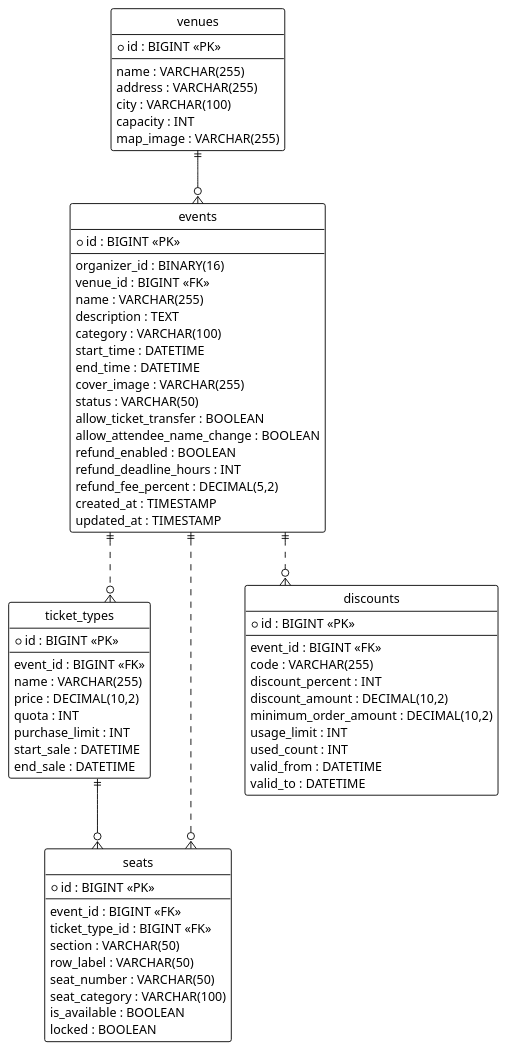
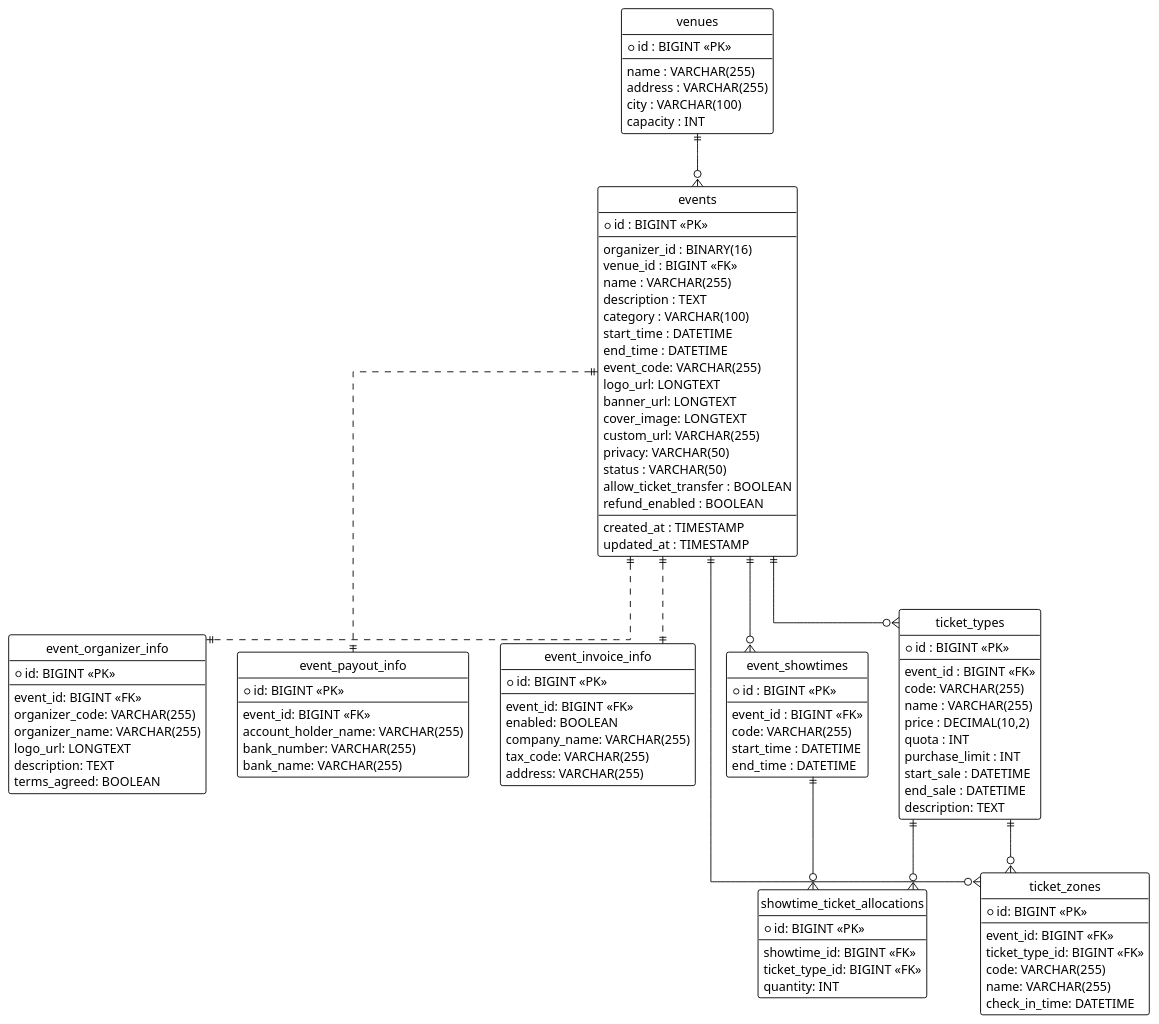
One commit to siro332/ticket-store-backend changed the diagram in diagrams/erd_event.puml. Above: the diagram before and after it, drawn with PlantUML. The commit also changed 3 other files, not shown here.

```diff
--- a/diagrams/erd_event.puml
+++ b/diagrams/erd_event.puml
@@ -1,81 +1,120 @@
 @startuml
 !theme plain
 hide circle
 skinparam linetype ortho
 
 entity "events" {
     *id : BIGINT <<PK>>
     --
     organizer_id : BINARY(16)
     venue_id : BIGINT <<FK>>
     name : VARCHAR(255)
     description : TEXT
     category : VARCHAR(100)
     start_time : DATETIME
     end_time : DATETIME
-    cover_image : VARCHAR(255)
+    event_code: VARCHAR(255)
+    logo_url: LONGTEXT
+    banner_url: LONGTEXT
+    cover_image: LONGTEXT
+    custom_url: VARCHAR(255)
+    privacy: VARCHAR(50)
     status : VARCHAR(50)
     allow_ticket_transfer : BOOLEAN
-    allow_attendee_name_change : BOOLEAN
     refund_enabled : BOOLEAN
-    refund_deadline_hours : INT
-    refund_fee_percent : DECIMAL(5,2)
+    --
     created_at : TIMESTAMP
     updated_at : TIMESTAMP
+}
+
+entity "event_organizer_info" {
+    *id: BIGINT <<PK>>
+    --
+    event_id: BIGINT <<FK>>
+    organizer_code: VARCHAR(255)
+    organizer_name: VARCHAR(255)
+    logo_url: LONGTEXT
+    description: TEXT
+    terms_agreed: BOOLEAN
+}
+
+entity "event_payout_info" {
+  *id: BIGINT <<PK>>
+  --
+  event_id: BIGINT <<FK>>
+  account_holder_name: VARCHAR(255)
+  bank_number: VARCHAR(255)
+  bank_name: VARCHAR(255)
+}
+
+entity "event_invoice_info" {
+  *id: BIGINT <<PK>>
+  --
+  event_id: BIGINT <<FK>>
+  enabled: BOOLEAN
+  company_name: VARCHAR(255)
+  tax_code: VARCHAR(255)
+  address: VARCHAR(255)
+}
+
+entity "event_showtimes" {
+    *id : BIGINT <<PK>>
+    --
+    event_id : BIGINT <<FK>>
+    code: VARCHAR(255)
+    start_time : DATETIME
+    end_time : DATETIME
+}
+
+entity "showtime_ticket_allocations" {
+    *id: BIGINT <<PK>>
+    --
+    showtime_id: BIGINT <<FK>>
+    ticket_type_id: BIGINT <<FK>>
+    quantity: INT
 }
 
 entity "ticket_types" {
     *id : BIGINT <<PK>>
     --
     event_id : BIGINT <<FK>>
+    code: VARCHAR(255)
     name : VARCHAR(255)
     price : DECIMAL(10,2)
     quota : INT
     purchase_limit : INT
     start_sale : DATETIME
     end_sale : DATETIME
+    description: TEXT
+}
+
+entity "ticket_zones" {
+    *id: BIGINT <<PK>>
+    --
+    event_id: BIGINT <<FK>>
+    ticket_type_id: BIGINT <<FK>>
+    code: VARCHAR(255)
+    name: VARCHAR(255)
+    check_in_time: DATETIME
 }
 
 entity "venues" {
     *id : BIGINT <<PK>>
     --
     name : VARCHAR(255)
     address : VARCHAR(255)
     city : VARCHAR(100)
     capacity : INT
-    map_image : VARCHAR(255)
 }
 
-entity "seats" {
-    *id : BIGINT <<PK>>
-    --
-    event_id : BIGINT <<FK>>
-    ticket_type_id : BIGINT <<FK>>
-    section : VARCHAR(50)
-    row_label : VARCHAR(50)
-    seat_number : VARCHAR(50)
-    seat_category : VARCHAR(100)
-    is_available : BOOLEAN
-    locked : BOOLEAN
-}
-
-entity "discounts" {
-    *id : BIGINT <<PK>>
-    --
-    event_id : BIGINT <<FK>>
-    code : VARCHAR(255)
-    discount_percent : INT
-    discount_amount : DECIMAL(10,2)
-    minimum_order_amount : DECIMAL(10,2)
-    usage_limit : INT
-    used_count : INT
-    valid_from : DATETIME
-    valid_to : DATETIME
-}
-
-events ||..o{ ticket_types
-events ||..o{ seats
-events ||..o{ discounts
+events ||..|| event_organizer_info
+events ||..|| event_payout_info
+events ||..|| event_invoice_info
+events ||--o{ event_showtimes
+events ||--o{ ticket_types
+events ||--o{ ticket_zones
 venues ||--o{ events
-ticket_types ||--o{ seats
+event_showtimes ||--o{ showtime_ticket_allocations
+ticket_types ||--o{ showtime_ticket_allocations
+ticket_types ||--o{ ticket_zones
 @enduml
```
